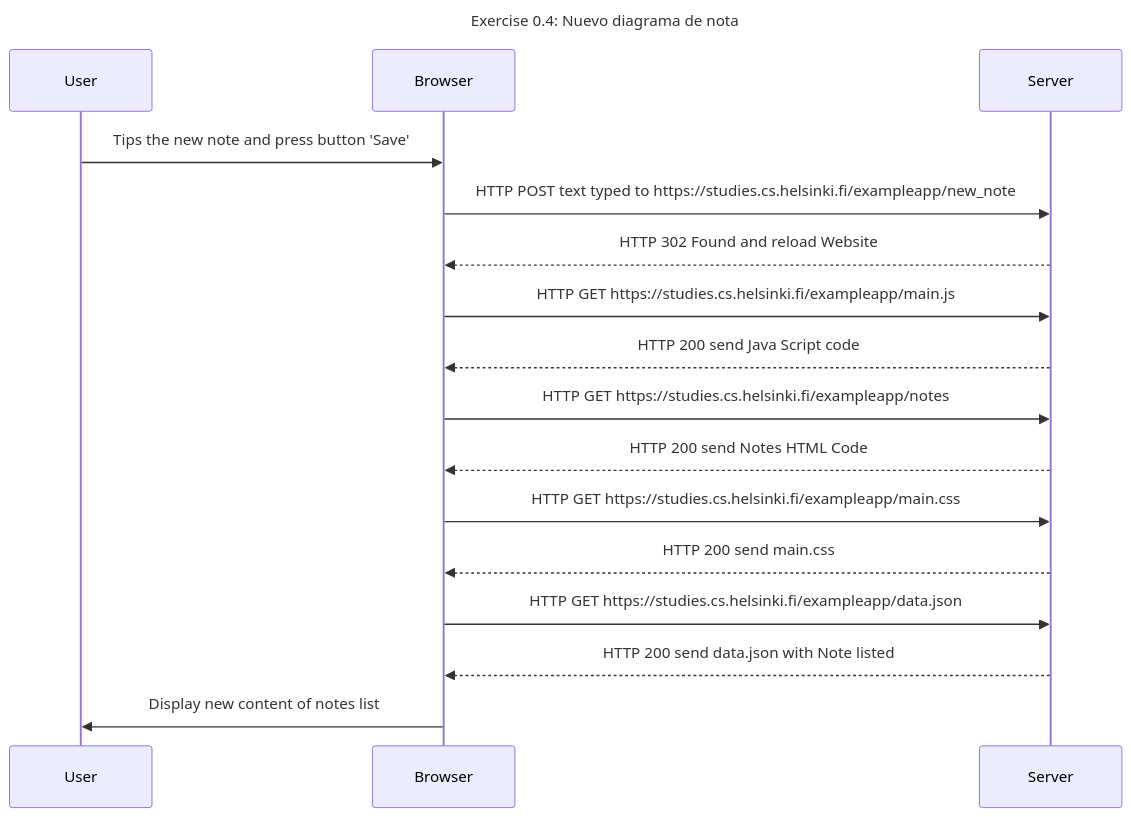
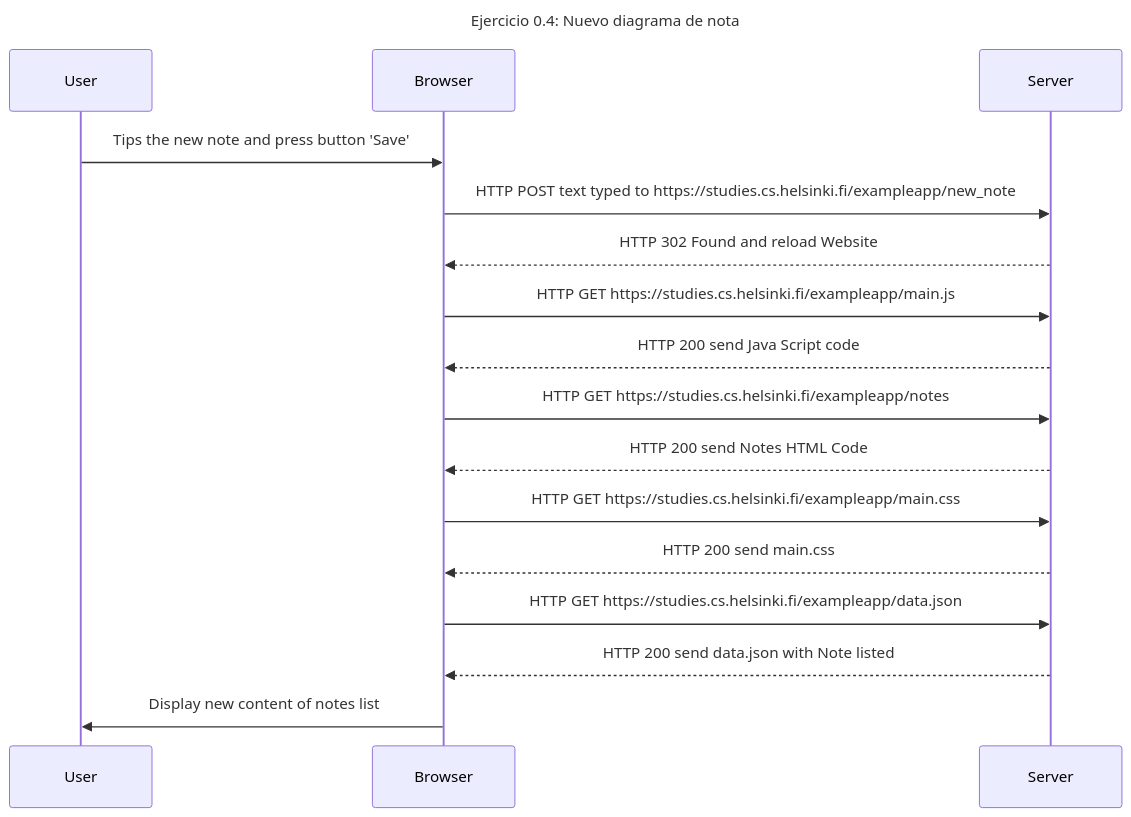
The diagram in 0.4.mermaid.md (HaTeRMaNCo/fullstack), drawn with Mermaid before and after one commit.

````diff
--- a/0.4.mermaid.md
+++ b/0.4.mermaid.md
@@ -1,19 +1,19 @@
 ```mermaid
 sequenceDiagram
-    title Exercise 0.4: Nuevo diagrama de nota
+    title Ejercicio 0.4: Nuevo diagrama de nota
     participant User
     participant Browser
     participant Server
     User->>Browser: Tips the new note and press button 'Save'
     Browser->>Server: HTTP POST text typed to https://studies.cs.helsinki.fi/exampleapp/new_note
     Server-->>Browser: HTTP 302 Found and reload Website
     Browser->>Server: HTTP GET https://studies.cs.helsinki.fi/exampleapp/main.js
     Server-->>Browser: HTTP 200 send Java Script code
     Browser->>Server: HTTP GET https://studies.cs.helsinki.fi/exampleapp/notes
     Server-->>Browser: HTTP 200 send Notes HTML Code
     Browser->>Server: HTTP GET https://studies.cs.helsinki.fi/exampleapp/main.css
     Server-->>Browser: HTTP 200 send main.css
     Browser->>Server: HTTP GET https://studies.cs.helsinki.fi/exampleapp/data.json
     Server-->>Browser: HTTP 200 send data.json with Note listed
     Browser->>User: Display new content of notes list
 ```
````
